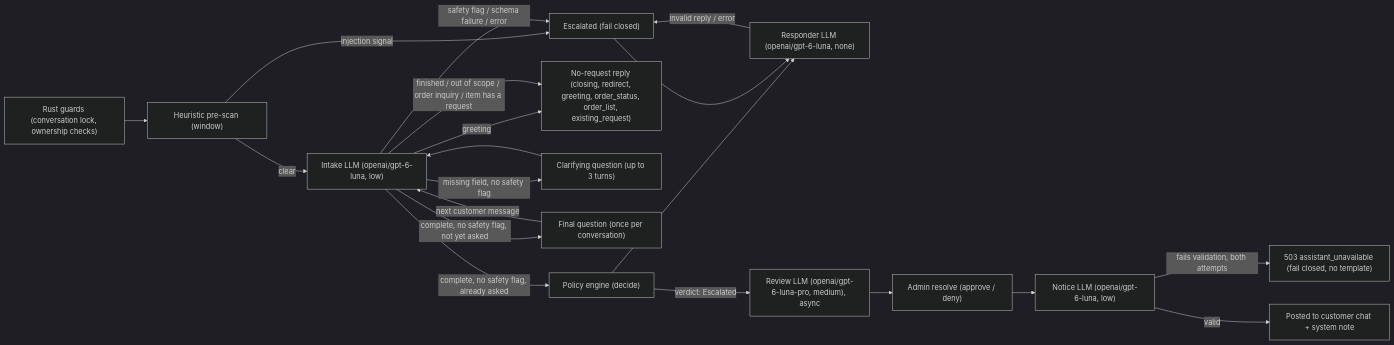
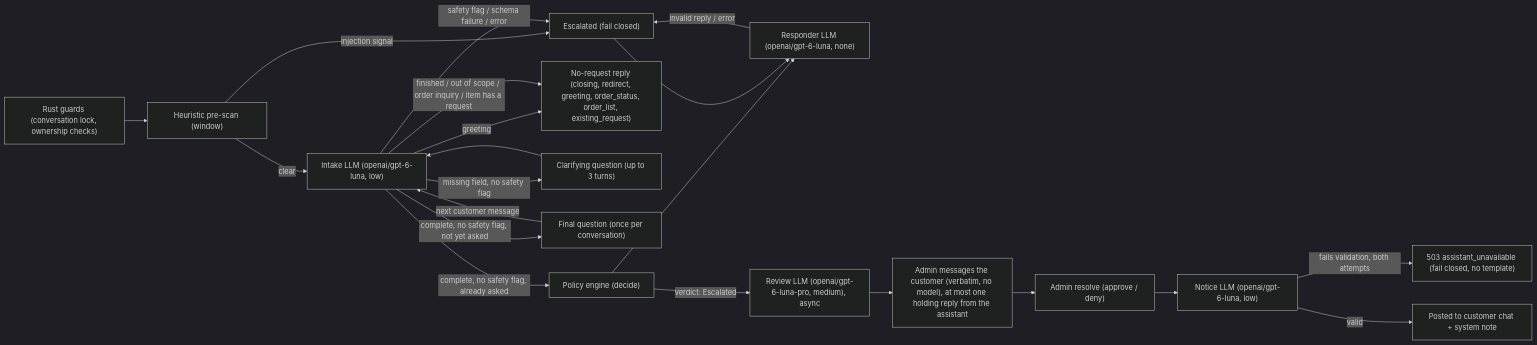
One commit to allwelldotdev/wn-refund-ai changed the first of 2 diagrams in README.md. Above: the diagram before and after it, drawn with Mermaid (dark theme). The commit also changed other lines of this file and 2 other files, not shown here.

First line of the commit message:
docs: add 0.10.0, ADR-052 and README for admin and customer chat

````diff
--- a/README.md
+++ b/README.md
@@ -92,22 +92,23 @@
 ```mermaid
 flowchart LR
     guards["Rust guards (conversation lock, ownership checks)"] --> prescan["Heuristic pre-scan (window)"]
     prescan -- "injection signal" --> escalated["Escalated (fail closed)"]
     prescan -- "clear" --> intake["Intake LLM (openai/gpt-6-luna, low)"]
     intake -- "safety flag / schema failure / error" --> escalated
     intake -- "greeting" --> noreq["No-request reply (closing, redirect, greeting, order_status, order_list, existing_request)"]
     intake -- "finished / out of scope / order inquiry / item has a request" --> noreq
     intake -- "missing field, no safety flag" --> clarify["Clarifying question (up to 3 turns)"]
     clarify --> intake
     intake -- "complete, no safety flag, not yet asked" --> finalcheck["Final question (once per conversation)"]
     finalcheck -- "next customer message" --> intake
     intake -- "complete, no safety flag, already asked" --> policy["Policy engine (decide)"]
     policy --> responder["Responder LLM (openai/gpt-6-luna, none)"]
     responder -- "invalid reply / error" --> escalated
     escalated --> responder
     policy -- "verdict: Escalated" --> review["Review LLM (openai/gpt-6-luna-pro, medium), async"]
-    review --> adminresolve["Admin resolve (approve / deny)"]
+    review --> adminchat["Admin messages the customer (verbatim, no model), at most one holding reply from the assistant"]
+    adminchat --> adminresolve["Admin resolve (approve / deny)"]
     adminresolve --> notice["Notice LLM (openai/gpt-6-luna, low)"]
     notice -- "fails validation, both attempts" --> unavailable["503 assistant_unavailable (fail closed, no template)"]
     notice -- "valid" --> customer["Posted to customer chat + system note"]
 ```
````
